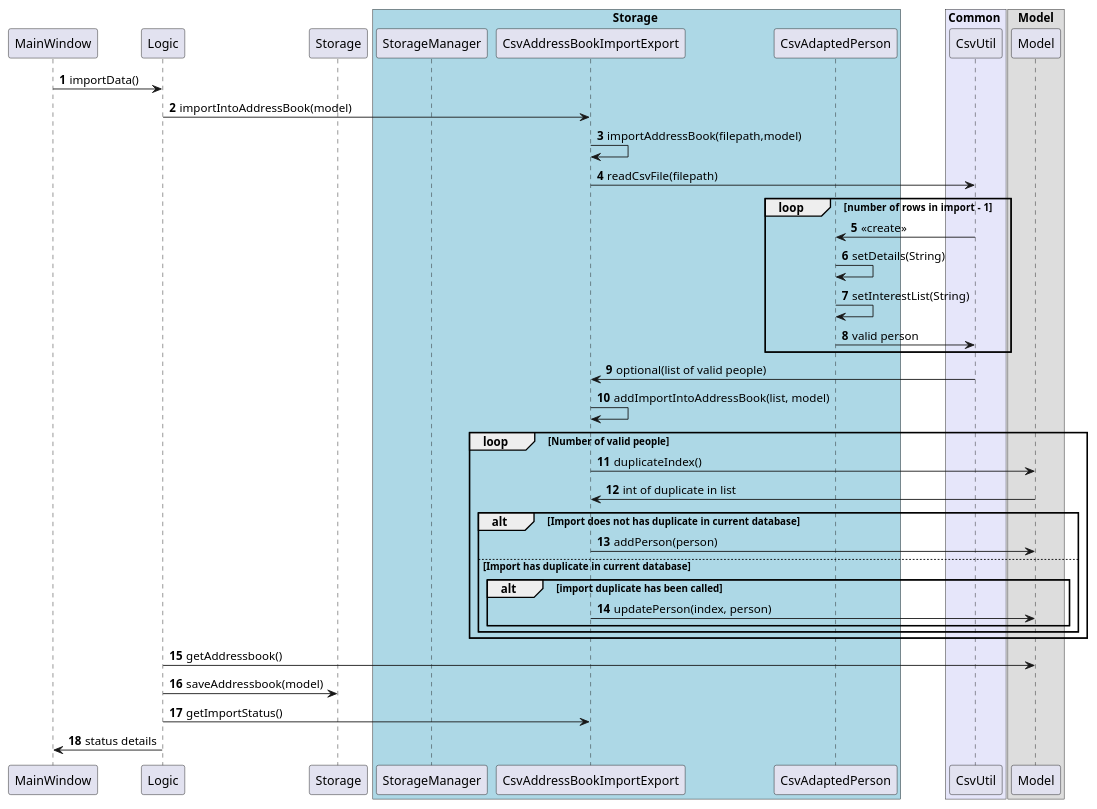
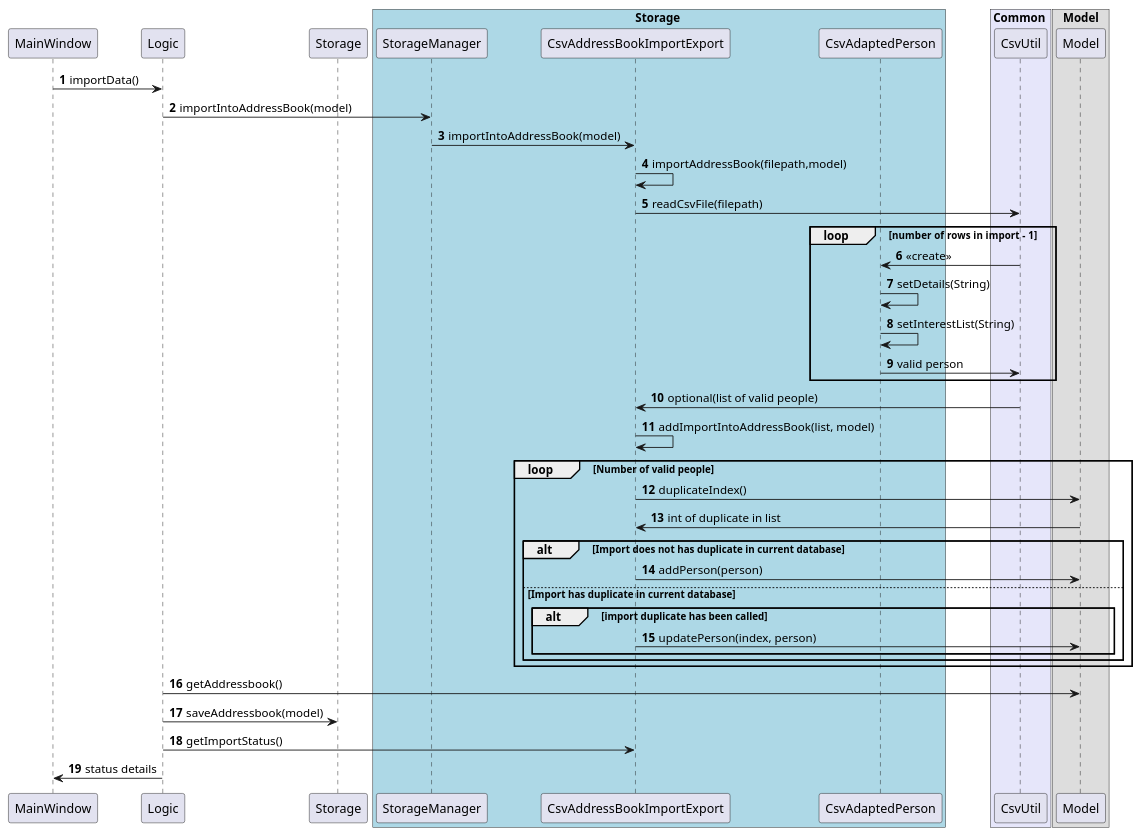
One commit to pranav-ganesh/tp changed the diagram in docs/diagrams/ImportCsvSequenceDiagram.puml. Above: the diagram before and after it, drawn with PlantUML.

Commit message:
Updated diagram

```diff
--- a/docs/diagrams/ImportCsvSequenceDiagram.puml
+++ b/docs/diagrams/ImportCsvSequenceDiagram.puml
@@ -1,70 +1,71 @@
 @startuml
 'https://plantuml.com/sequence-diagram
 
 autonumber
 
 participant MainWindow
 participant Logic
 participant CsvAddressBookImportExport
 participant CsvUtil
 
 participant CsvAdaptedPerson
 participant Model
 participant Storage
 '
 '
 box Storage #LightBlue
     participant StorageManager
     participant CsvAddressBookImportExport
     participant CsvAdaptedPerson
 end box
 box Common #Lavender
     participant CsvUtil
 end box
 
 
 box Model
     participant Model
 end box
 
 
 
 
 MainWindow -> Logic: importData()
-Logic -> CsvAddressBookImportExport: importIntoAddressBook(model)
+Logic -> StorageManager: importIntoAddressBook(model)
+StorageManager -> CsvAddressBookImportExport: importIntoAddressBook(model)
 CsvAddressBookImportExport -> CsvAddressBookImportExport: importAddressBook(filepath,model)
 CsvAddressBookImportExport -> CsvUtil: readCsvFile(filepath)
 
 loop number of  rows in import - 1
 
     CsvUtil -> CsvAdaptedPerson: <<create>>
 
     CsvAdaptedPerson -> CsvAdaptedPerson: setDetails(String)
 
     CsvAdaptedPerson -> CsvAdaptedPerson: setInterestList(String)
     CsvUtil <- CsvAdaptedPerson: valid person
     end
 
 CsvAddressBookImportExport <- CsvUtil: optional(list of valid people)
 CsvAddressBookImportExport -> CsvAddressBookImportExport: addImportIntoAddressBook(list, model)
 
 loop Number of valid people
     CsvAddressBookImportExport  -> Model : duplicateIndex()
 
     CsvAddressBookImportExport <- Model : int of duplicate in list
     alt Import does not has duplicate in current database
         CsvAddressBookImportExport ->  Model: addPerson(person)
     else Import has duplicate in current database
         alt import duplicate has been called
                     CsvAddressBookImportExport ->  Model: updatePerson(index, person)
         end
     end
     end
 
 Logic -> Model: getAddressbook()
 Logic -> Storage: saveAddressbook(model)
 Logic -> CsvAddressBookImportExport: getImportStatus()
 
 MainWindow <- Logic: status details
 
 @enduml
```
